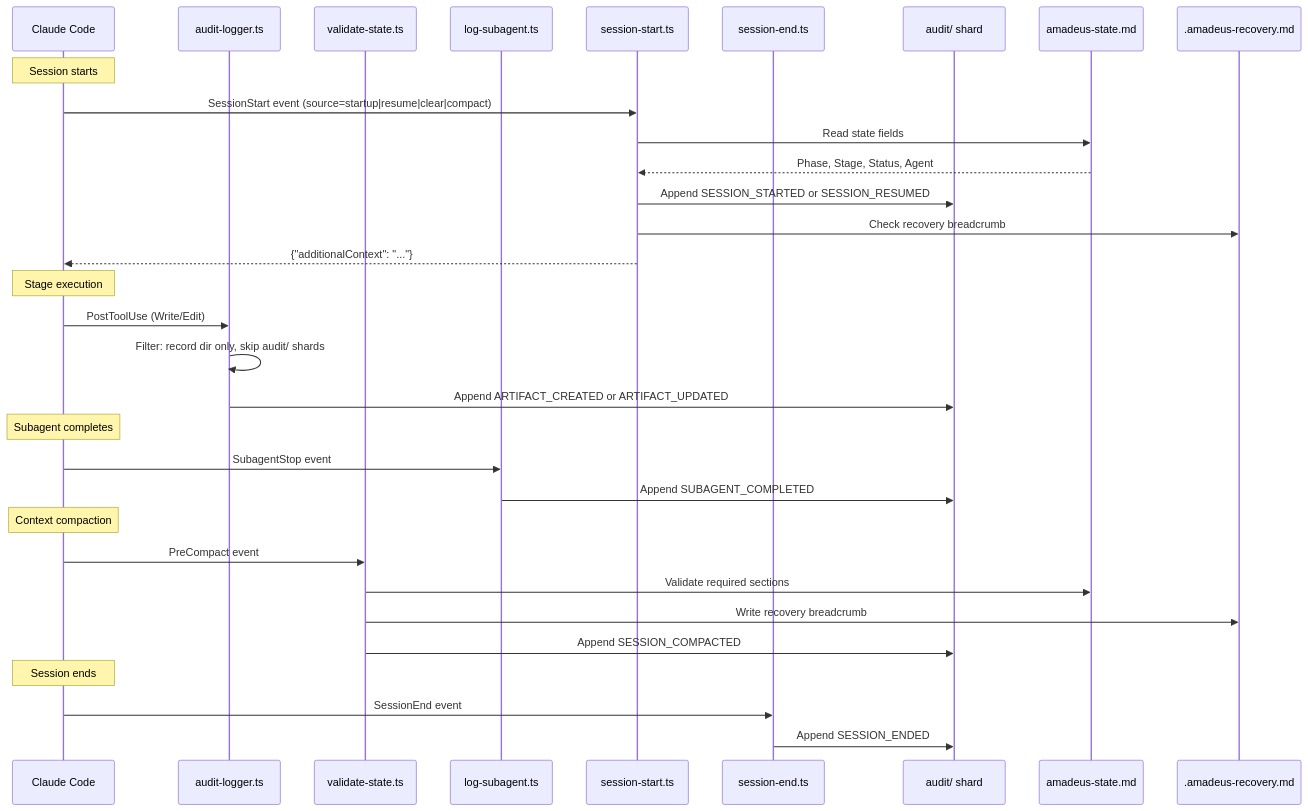
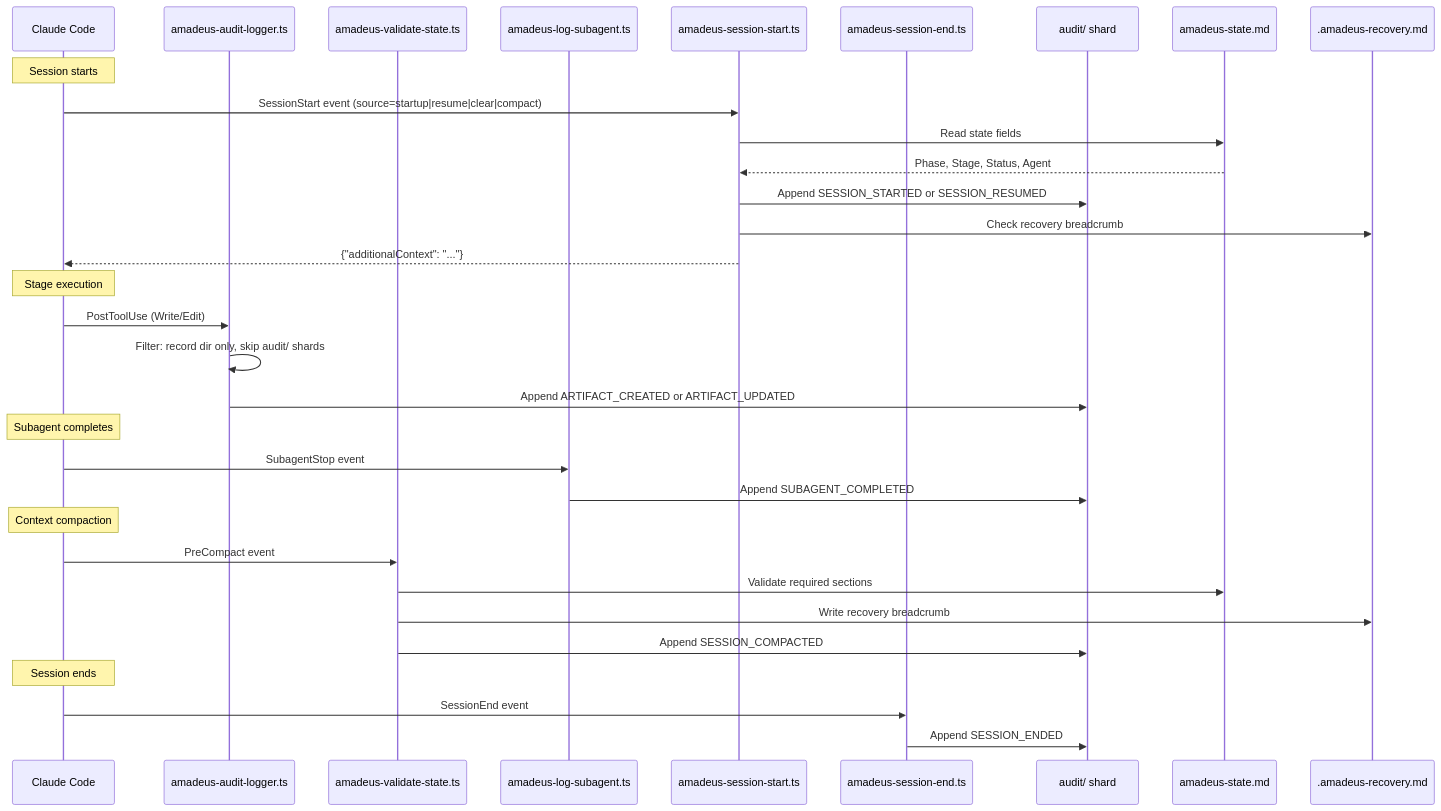
One commit to amadeus-dlc/amadeus changed the diagram in docs/reference/06-hooks-and-tools.ja.md. Above: the diagram before and after it, drawn with Mermaid. The commit also changed other lines of this file and 41 other files, not shown here.

````diff
--- a/docs/reference/06-hooks-and-tools.ja.md
+++ b/docs/reference/06-hooks-and-tools.ja.md
@@ -62,39 +64,39 @@
 ```mermaid
 sequenceDiagram
     participant CC as Claude Code
-    participant AL as audit-logger.ts
-    participant VS as validate-state.ts
-    participant LS as log-subagent.ts
-    participant SS as session-start.ts
-    participant SE as session-end.ts
+    participant AL as amadeus-audit-logger.ts
+    participant VS as amadeus-validate-state.ts
+    participant LS as amadeus-log-subagent.ts
+    participant SS as amadeus-session-start.ts
+    participant SE as amadeus-session-end.ts
     participant AF as audit/ shard
     participant SF as amadeus-state.md
     participant RF as .amadeus-recovery.md
 
     Note over CC: Session starts
     CC->>SS: SessionStart event (source=startup|resume|clear|compact)
     SS->>SF: Read state fields
     SF-->>SS: Phase, Stage, Status, Agent
     SS->>AF: Append SESSION_STARTED or SESSION_RESUMED
     SS->>RF: Check recovery breadcrumb
     SS-->>CC: {"additionalContext": "..."}
 
     Note over CC: Stage execution
     CC->>AL: PostToolUse (Write/Edit)
     AL->>AL: Filter: record dir only, skip audit/ shards
     AL->>AF: Append ARTIFACT_CREATED or ARTIFACT_UPDATED
 
     Note over CC: Subagent completes
     CC->>LS: SubagentStop event
     LS->>AF: Append SUBAGENT_COMPLETED
 
     Note over CC: Context compaction
     CC->>VS: PreCompact event
     VS->>SF: Validate required sections
     VS->>RF: Write recovery breadcrumb
     VS->>AF: Append SESSION_COMPACTED
 
     Note over CC: Session ends
     CC->>SE: SessionEnd event
     SE->>AF: Append SESSION_ENDED
 ```
````
